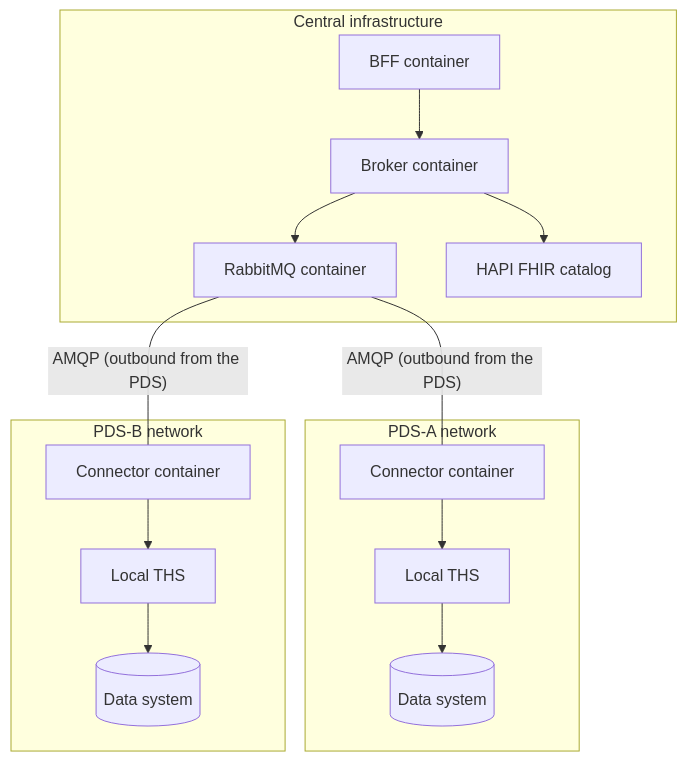
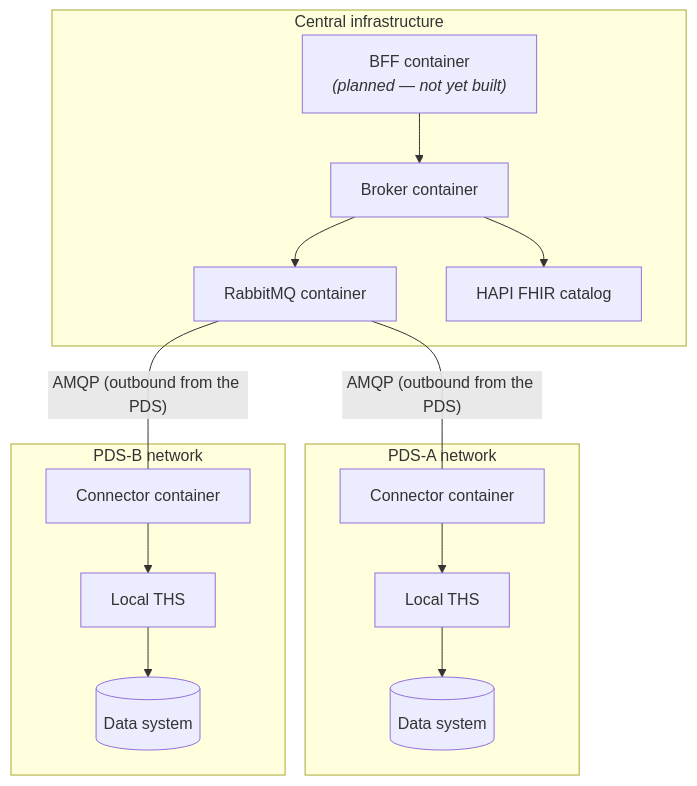
Before and after one commit to forschungsgruppe-digital-health/pds-query-broker: the diagram in docs/arc42/07_deployment_view.md, drawn with Mermaid. The commit also changed other lines of this file and 11 other files, not shown here.

First line of the commit message:
docs(arc42): reconcile architecture docs with the current implementation (#47)

````diff
--- a/docs/arc42/07_deployment_view.md
+++ b/docs/arc42/07_deployment_view.md
@@ -7,28 +7,28 @@
 ```mermaid
 graph TB
     subgraph "Central infrastructure"
-        BFF_NODE["BFF container"]
+        BFF_NODE["BFF container<br/><i>(planned — not yet built)</i>"]
         BROKER_NODE["Broker container"]
         MQ_NODE["RabbitMQ container"]
         CAT_NODE["HAPI FHIR catalog"]
     end
 
     subgraph "PDS-A network"
         CONN_A_NODE["Connector container"]
         THS_A["Local THS"]
         DB_A[("Data system")]
     end
 
     subgraph "PDS-B network"
         CONN_B_NODE["Connector container"]
         THS_B["Local THS"]
         DB_B[("Data system")]
     end
 
     BFF_NODE --> BROKER_NODE --> MQ_NODE
     BROKER_NODE --> CAT_NODE
     MQ_NODE ---|"AMQP (outbound from the PDS)"| CONN_A_NODE
     MQ_NODE ---|"AMQP (outbound from the PDS)"| CONN_B_NODE
     CONN_A_NODE --> THS_A --> DB_A
     CONN_B_NODE --> THS_B --> DB_B
 ```
````
